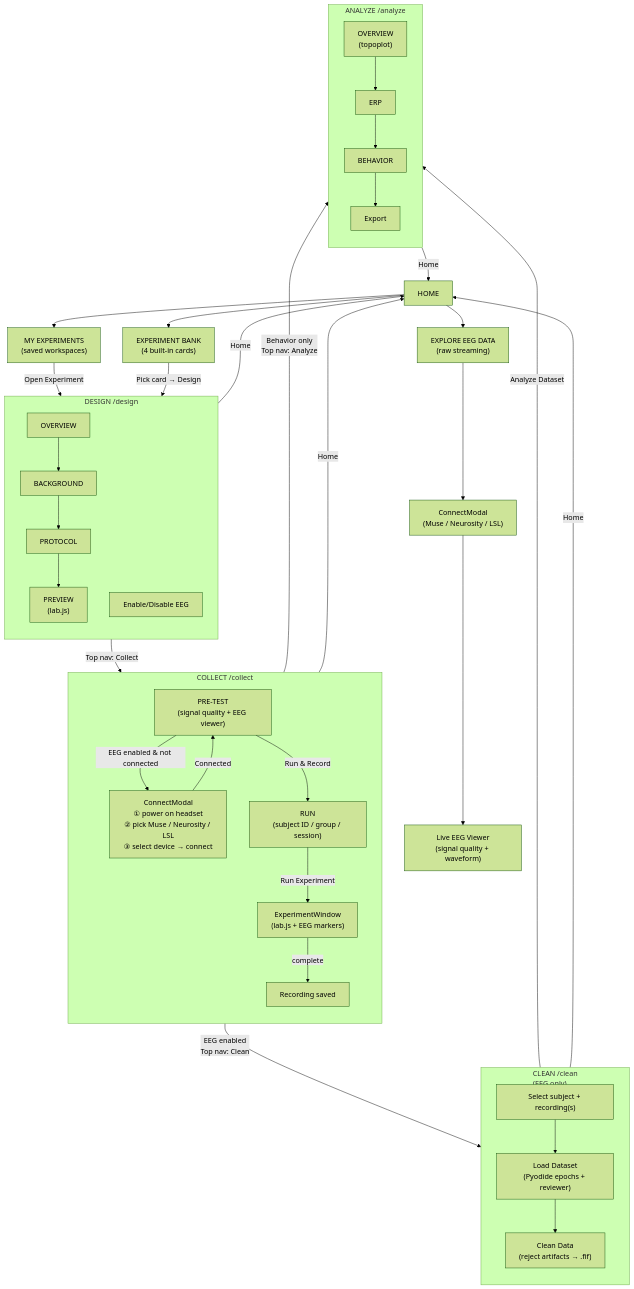
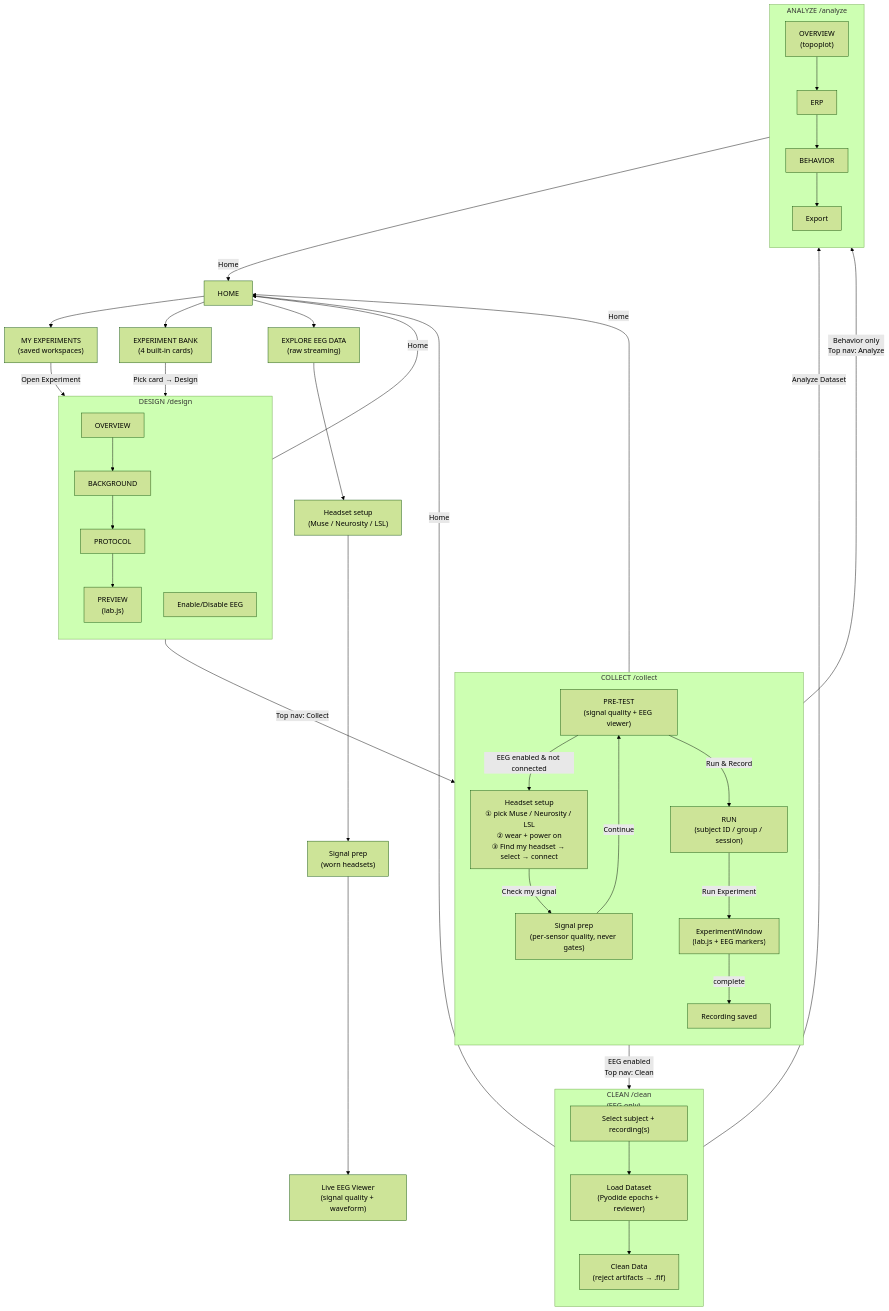
Before and after one commit to makebrainwaves/BrainWaves: the diagram in docs/user-flow.md, drawn with Mermaid (forest theme). The commit also changed other lines of this file and 4 other files, not shown here.

Commit message:
docs: WS2 headset setup learnings, TODOS, and device-flow docs

````diff
--- a/docs/user-flow.md
+++ b/docs/user-flow.md
@@ -7,65 +7,68 @@
 ```mermaid
 flowchart TD
     HOME["HOME"]
     HOME --> MY_EXP["MY EXPERIMENTS\n(saved workspaces)"]
     HOME --> EXP_BANK["EXPERIMENT BANK\n(4 built-in cards)"]
     HOME --> EXPLORE["EXPLORE EEG DATA\n(raw streaming)"]
 
     MY_EXP -->|"Open Experiment"| DESIGN
     EXP_BANK -->|"Pick card → Design"| DESIGN
 
-    EXPLORE --> CONNECT_MODAL_EXP["ConnectModal\n(Muse / Neurosity / LSL)"]
-    CONNECT_MODAL_EXP --> EEG_EXPLORE["Live EEG Viewer\n(signal quality + waveform)"]
+    EXPLORE --> CONNECT_MODAL_EXP["Headset setup\n(Muse / Neurosity / LSL)"]
+    CONNECT_MODAL_EXP --> SIGNAL_PREP_EXP["Signal prep\n(worn headsets)"]
+    SIGNAL_PREP_EXP --> EEG_EXPLORE["Live EEG Viewer\n(signal quality + waveform)"]
 
     subgraph DESIGN ["DESIGN  /design"]
         direction TB
         D_OV["OVERVIEW"]
         D_BG["BACKGROUND"]
         D_PR["PROTOCOL"]
         D_PV["PREVIEW\n(lab.js)"]
         D_OV --> D_BG --> D_PR --> D_PV
         EEG_TOGGLE["Enable/Disable EEG"]
     end
 
     DESIGN -->|"Top nav: Collect"| COLLECT
 
     subgraph COLLECT ["COLLECT  /collect"]
         direction TB
         PRE_TEST["PRE-TEST\n(signal quality + EEG viewer)"]
-        CONNECT_MODAL["ConnectModal\n① power on headset\n② pick Muse / Neurosity / LSL\n③ select device → connect"]
+        CONNECT_MODAL["Headset setup\n① pick Muse / Neurosity / LSL\n② wear + power on\n③ Find my headset → select → connect"]
+        SIGNAL_PREP["Signal prep\n(per-sensor quality, never gates)"]
         PRE_TEST -->|"EEG enabled & not connected"| CONNECT_MODAL
-        CONNECT_MODAL -->|"Connected"| PRE_TEST
+        CONNECT_MODAL -->|"Check my signal"| SIGNAL_PREP
+        SIGNAL_PREP -->|"Continue"| PRE_TEST
         PRE_TEST -->|"Run & Record"| RUN
         RUN["RUN\n(subject ID / group / session)"]
         EXP_WINDOW["ExperimentWindow\n(lab.js + EEG markers)"]
         RUN -->|"Run Experiment"| EXP_WINDOW
         EXP_WINDOW -->|"complete"| DONE_COLLECT["Recording saved"]
     end
 
     DONE_COLLECT -->|"EEG enabled\nTop nav: Clean"| CLEAN
     DONE_COLLECT -->|"Behavior only\nTop nav: Analyze"| ANALYZE
 
     subgraph CLEAN ["CLEAN  /clean\n(EEG only)"]
         direction TB
         CL_SEL["Select subject + recording(s)"]
         CL_LOAD["Load Dataset\n(Pyodide epochs + reviewer)"]
         CL_CLEAN["Clean Data\n(reject artifacts → .fif)"]
         CL_SEL --> CL_LOAD --> CL_CLEAN
     end
 
     CLEAN -->|"Analyze Dataset"| ANALYZE
 
     subgraph ANALYZE ["ANALYZE  /analyze"]
         direction TB
         AN_OV["OVERVIEW\n(topoplot)"]
         AN_ERP["ERP"]
         AN_BEH["BEHAVIOR"]
         AN_EXP["Export"]
         AN_OV --> AN_ERP --> AN_BEH --> AN_EXP
     end
 
     DESIGN -->|"Home"| HOME
     COLLECT -->|"Home"| HOME
     CLEAN -->|"Home"| HOME
     ANALYZE -->|"Home"| HOME
 ```
````
